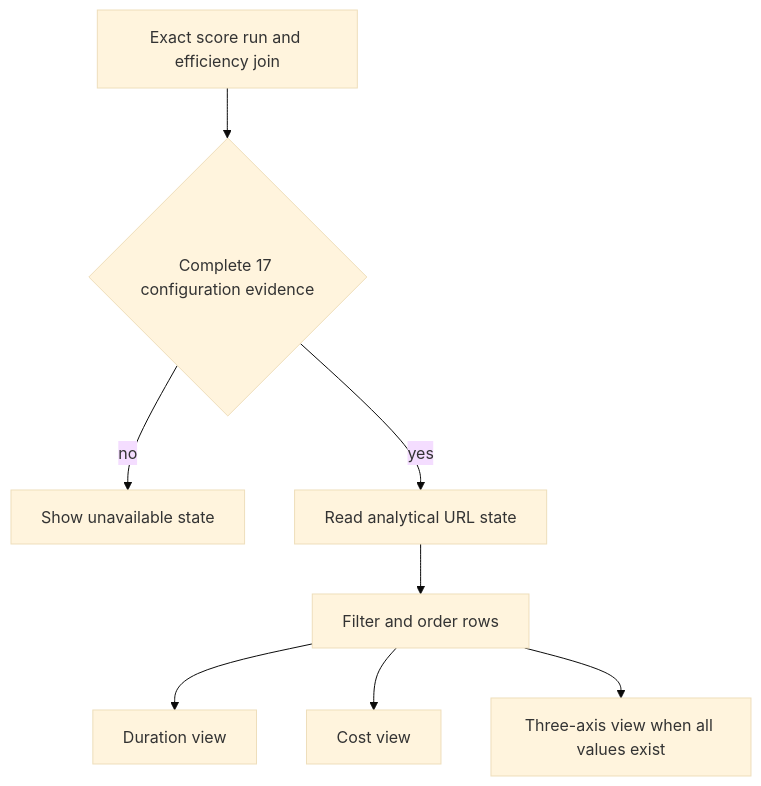
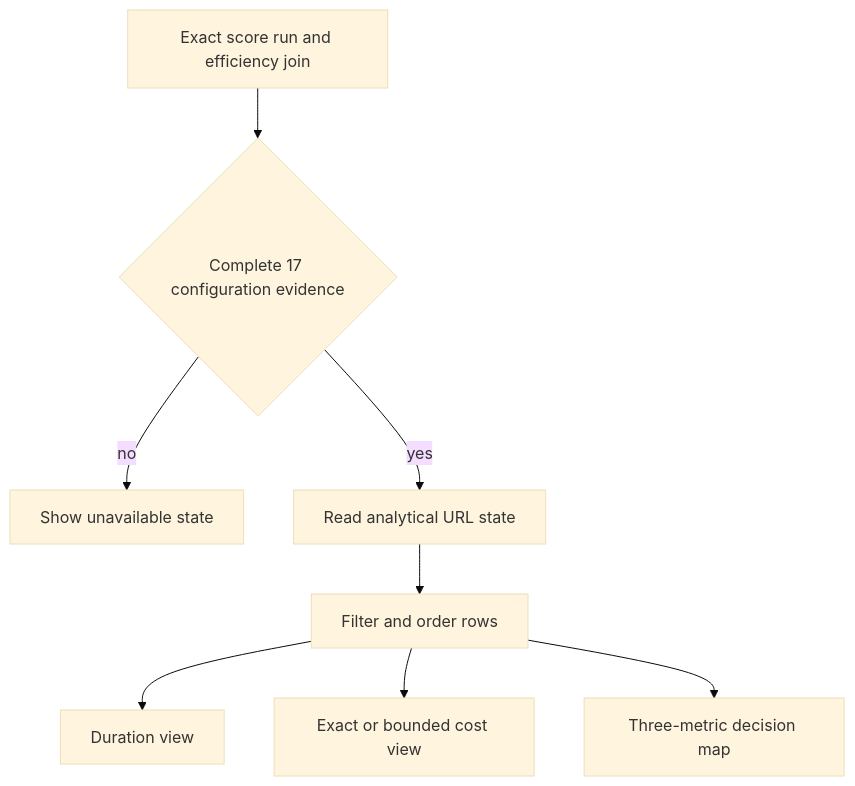
One commit to acg-box/aiq changed the fourth of 4 diagrams in openwiki/architecture-and-runtime.md. Above: the diagram before and after it, drawn with Mermaid (base theme). The commit also changed other lines of this file and 23 other files, not shown here.

Commit message:
{"schema":"decodex/commit/2","change":"Clarify cost evidence and comparison","authority":"manual","impact":"compatible"}

````diff
--- a/openwiki/architecture-and-runtime.md
+++ b/openwiki/architecture-and-runtime.md
@@ -419,10 +422,10 @@
 ```mermaid
 flowchart TD
     Evidence["Exact score run and efficiency join"] --> Complete{"Complete 17 configuration evidence"}
     Complete -->|no| Unavailable["Show unavailable state"]
     Complete -->|yes| State["Read analytical URL state"]
     State --> Filter["Filter and order rows"]
     Filter --> Duration["Duration view"]
-    Filter --> Cost["Cost view"]
-    Filter --> Three["Three-axis view when all values exist"]
+    Filter --> Cost["Exact or bounded cost view"]
+    Filter --> Decision["Three-metric decision map"]
 ```
````
